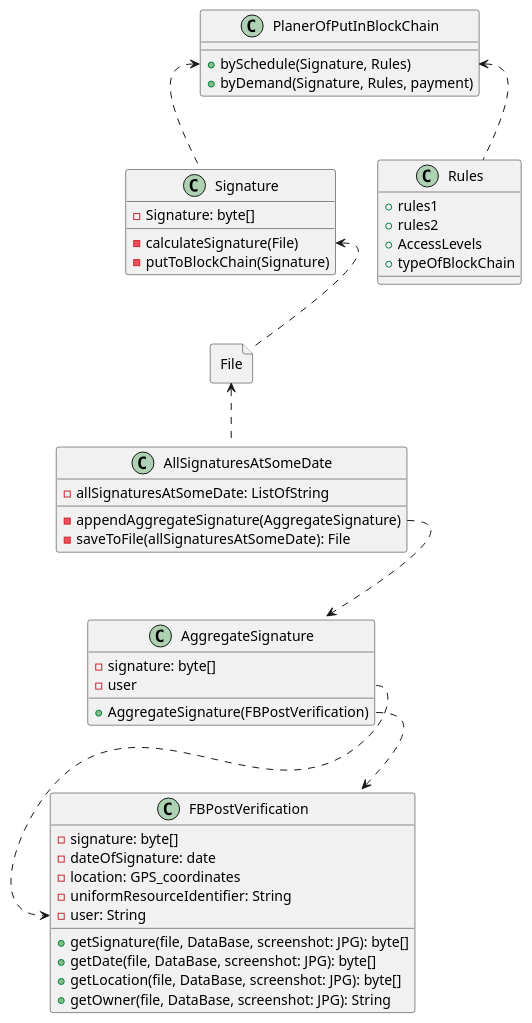
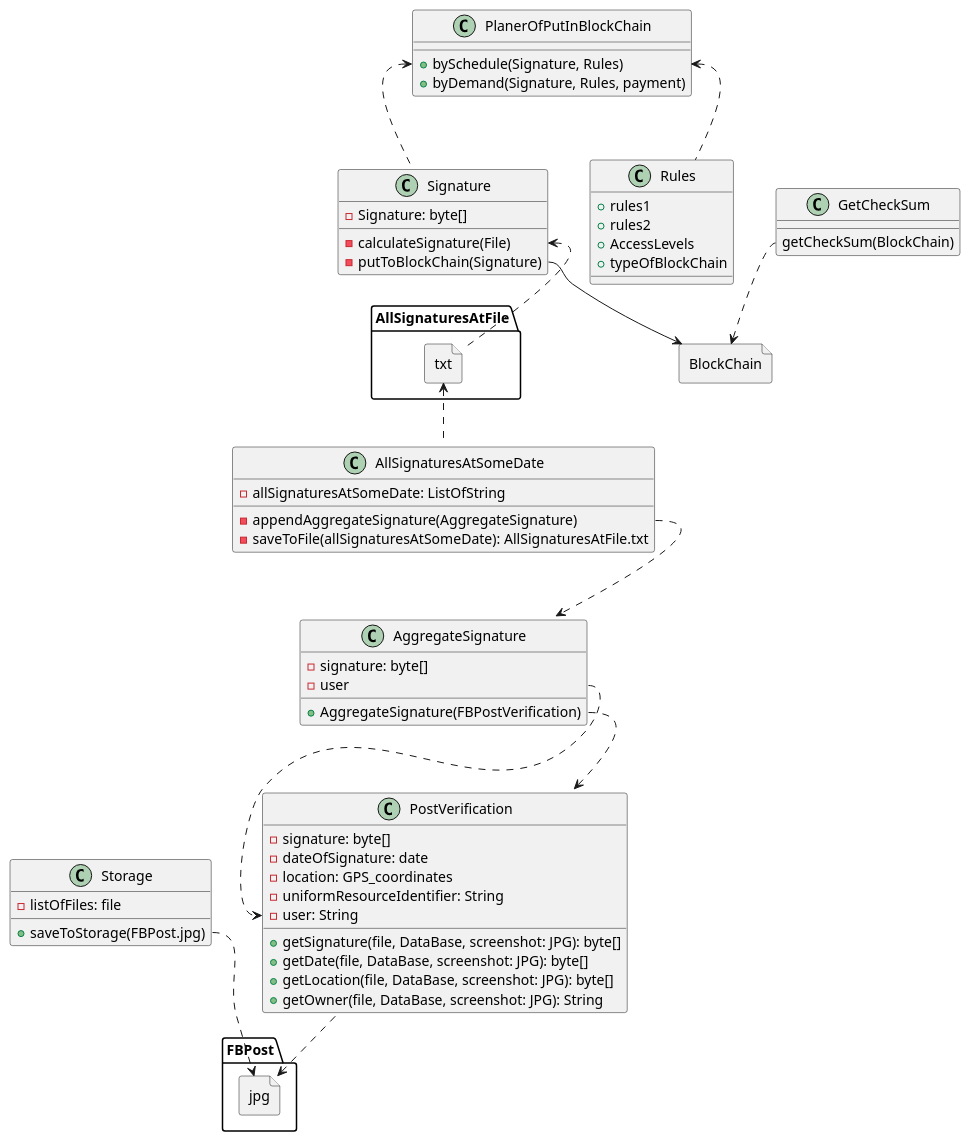
Before and after one commit to DimitriBolt/CyberBlocks: the diagram in UML/ClassDiagram.puml, drawn with PlantUML.

Commit message:
add Storage.

```diff
--- a/UML/ClassDiagram.puml
+++ b/UML/ClassDiagram.puml
@@ -1,62 +1,86 @@
 @startuml
 'https://plantuml.com/class-diagram
 
-class FBPostVerification {
+
+file FBPost.jpg{
+}
+
+class Storage{
+- listOfFiles: file
++ saveToStorage(FBPost.jpg)
+}
+Storage::saveToStorage ..> FBPost.jpg
+
+class PostVerification {
 ' Атрибуты
 - signature: byte[]
 - dateOfSignature: date
 - location: GPS_coordinates
 - uniformResourceIdentifier: String
 - user: String
 ' Методы:
 + getSignature(file, DataBase, screenshot: JPG): byte[]
 + getDate(file, DataBase, screenshot: JPG): byte[]
 + getLocation(file, DataBase, screenshot: JPG): byte[]
 + getOwner(file, DataBase, screenshot: JPG): String
 }
 
+PostVerification ..> FBPost.jpg
+
 class AggregateSignature{
 - signature: byte[]
 - user
 + AggregateSignature(FBPostVerification)
 }
-AggregateSignature::AggregateSignature ..> FBPostVerification
-AggregateSignature::user ..> FBPostVerification::user
+AggregateSignature::AggregateSignature ..> PostVerification
+AggregateSignature::user ..> PostVerification::user
 
 class AllSignaturesAtSomeDate{
 - allSignaturesAtSomeDate: ListOfString
 - appendAggregateSignature(AggregateSignature)
-- saveToFile(allSignaturesAtSomeDate): File
+- saveToFile(allSignaturesAtSomeDate): AllSignaturesAtFile.txt
 }
 
-File File {
+file AllSignaturesAtFile.txt {
 }
 
-File <.. AllSignaturesAtSomeDate
+AllSignaturesAtFile.txt <.. AllSignaturesAtSomeDate
 
 class Signature{
 - Signature: byte[]
 - calculateSignature(File)
 - putToBlockChain(Signature)
 }
 
 class PlanerOfPutInBlockChain{
 + bySchedule(Signature, Rules)
 + byDemand(Signature, Rules, payment)
 }
 PlanerOfPutInBlockChain::bySchedule <.. Rules
 PlanerOfPutInBlockChain::bySchedule <.. Signature
 
 class Rules{
 + rules1
 + rules2
 + AccessLevels
 + typeOfBlockChain
 }
 
+file BlockChain {
+' List of Blockchains
+}
 
-Signature::calculateSignature <.. File
+
+
+Signature::putToBlockChain --> BlockChain
+
+Signature::calculateSignature <.. AllSignaturesAtFile.txt
 
 AllSignaturesAtSomeDate::appendAggregateSignature ..> AggregateSignature
 
+class GetCheckSum{
+getCheckSum(BlockChain)
+}
+GetCheckSum::getCheckSum ..> BlockChain
+
 @enduml
```
